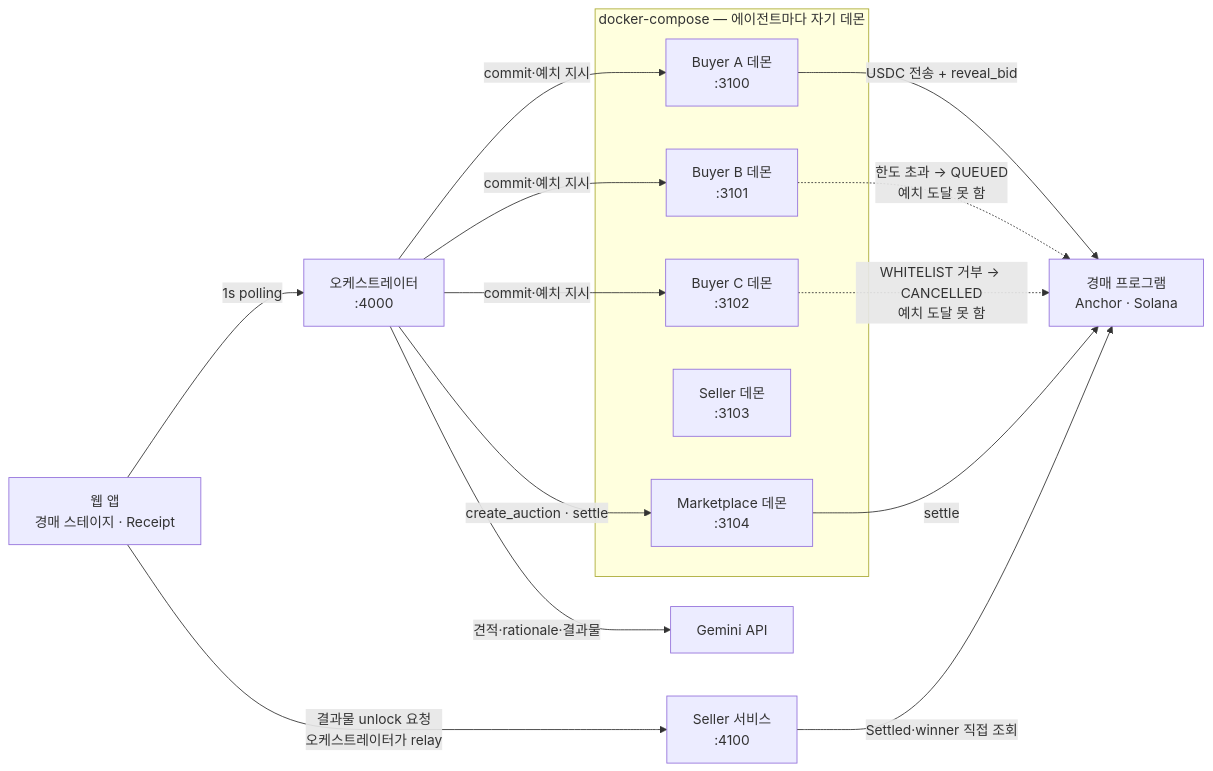
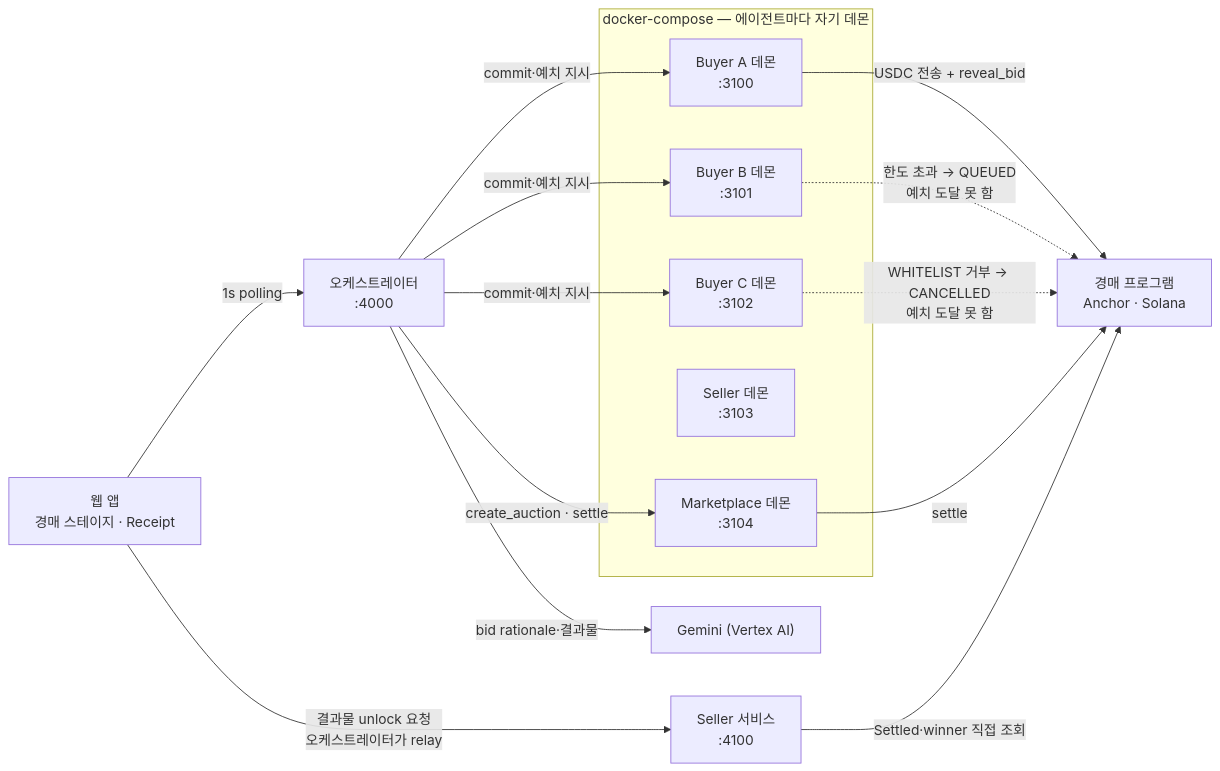
The diagram in README.md (waiaas/a2a-auction), drawn with Mermaid before and after one commit. The commit also changed other lines of this file, not shown here.

First line of the commit message:
docs(readme): 제출 직전 정합화. owner 토큰 인증·Gemini 역할·phase·API 표를 코드 실물에 맞춤 (#30)

````diff
--- a/README.md
+++ b/README.md
@@ -62,22 +62,22 @@
 ```mermaid
 flowchart LR
     UI[웹 앱<br/>경매 스테이지 · Receipt] -->|1s polling| ORCH[오케스트레이터<br/>:4000]
-    ORCH -->|견적·rationale·결과물| GEMINI[Gemini API]
+    ORCH -->|bid rationale·결과물| GEMINI["Gemini (Vertex AI)"]
 
     subgraph Compose["docker-compose — 에이전트마다 자기 데몬"]
         BA[Buyer A 데몬<br/>:3100]
         BB[Buyer B 데몬<br/>:3101]
         BC[Buyer C 데몬<br/>:3102]
         SEL[Seller 데몬<br/>:3103]
         MKT[Marketplace 데몬<br/>:3104]
     end
 
     ORCH -->|commit·예치 지시| BA & BB & BC
     ORCH -->|create_auction · settle| MKT
     BA -->|USDC 전송 + reveal_bid| PROG[경매 프로그램<br/>Anchor · Solana]
     BB -.->|한도 초과 → QUEUED<br/>예치 도달 못 함| PROG
     BC -.->|WHITELIST 거부 → CANCELLED<br/>예치 도달 못 함| PROG
     MKT -->|settle| PROG
     SELLER[Seller 서비스<br/>:4100] -->|Settled·winner 직접 조회| PROG
     UI -->|결과물 unlock 요청<br/>오케스트레이터가 relay| SELLER
 ```
````
